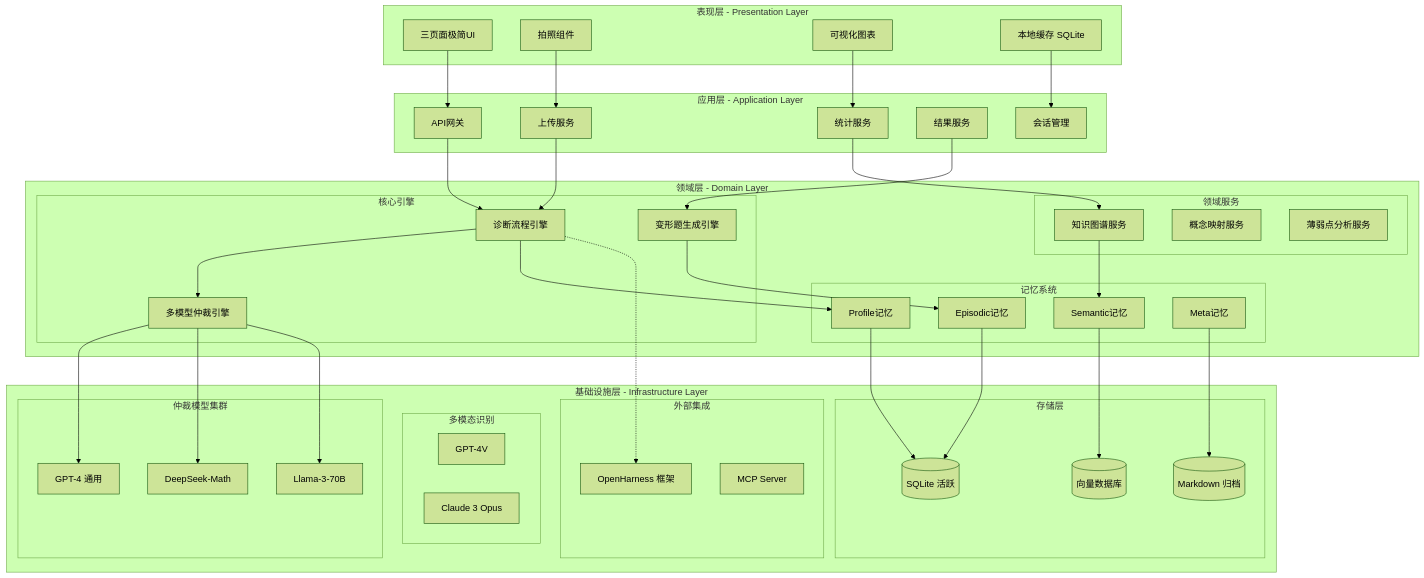
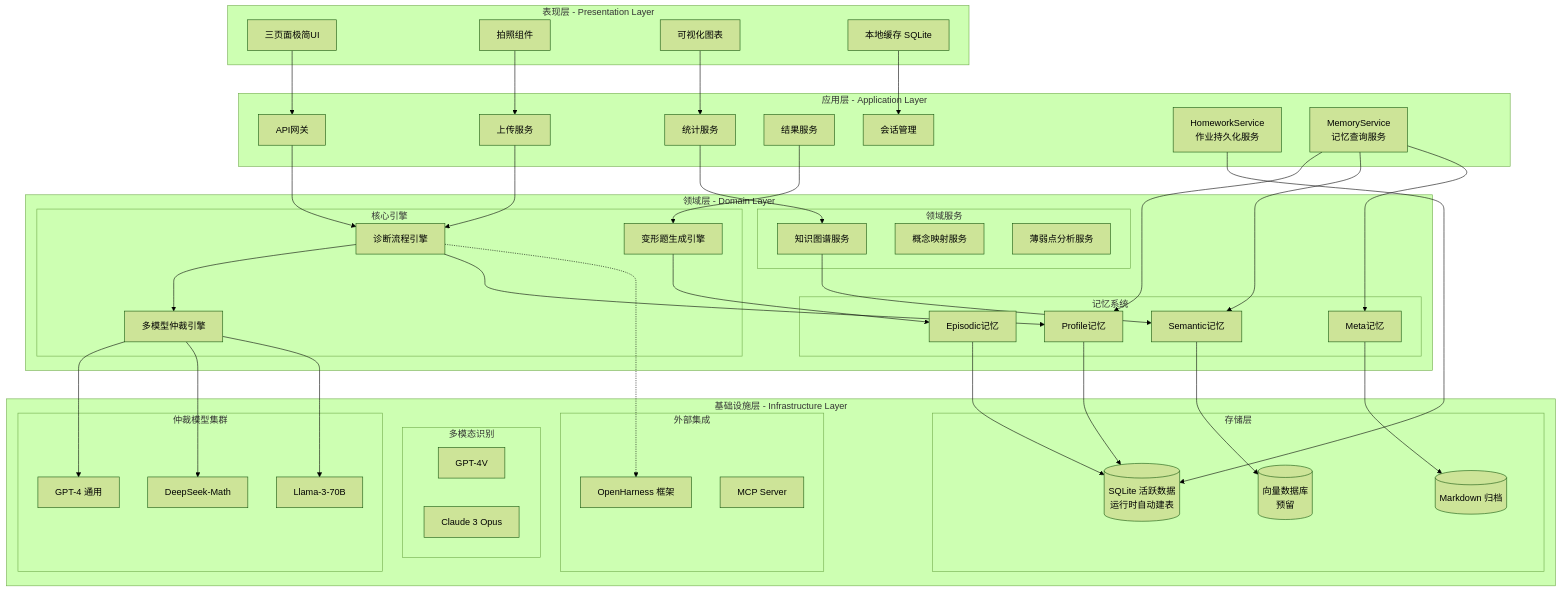
The first of 15 diagrams in docs/01-系统架构设计.md (urn333/savefool), drawn with Mermaid (forest theme) before and after one commit. The commit also changed other lines of this file and 5 other files, not shown here.

```diff
--- a/docs/01-系统架构设计.md
+++ b/docs/01-系统架构设计.md
@@ -26,6 +26,8 @@
         UploadSvc[上传服务]
         ResultSvc[结果服务]
         StatsSvc[统计服务]
+        HomeworkSvc[HomeworkService<br/>作业持久化服务]
+        MemorySvc[MemoryService<br/>记忆查询服务]
     end
 
     subgraph 领域层[领域层 - Domain Layer]
@@ -62,9 +64,9 @@
         end
         
         subgraph 存储层[存储层]
-            SQLite[(SQLite 活跃)]
+            SQLite[(SQLite 活跃数据<br/>运行时自动建表)]
             Markdown[(Markdown 归档)]
-            VectorDB[(向量数据库)]
+            VectorDB[(向量数据库<br/>预留)]
         end
         
         subgraph 外部集成[外部集成]
@@ -82,6 +84,10 @@
     UploadSvc --> DiagnosisEngine
     ResultSvc --> TransformEngine
     StatsSvc --> KnowledgeGraph
+    HomeworkSvc --> SQLite
+    MemorySvc --> ProfileMem
+    MemorySvc --> SemanticMem
+    MemorySvc --> MetaMem
     
     DiagnosisEngine --> ArbitrationEngine
     DiagnosisEngine --> ProfileMem
```
